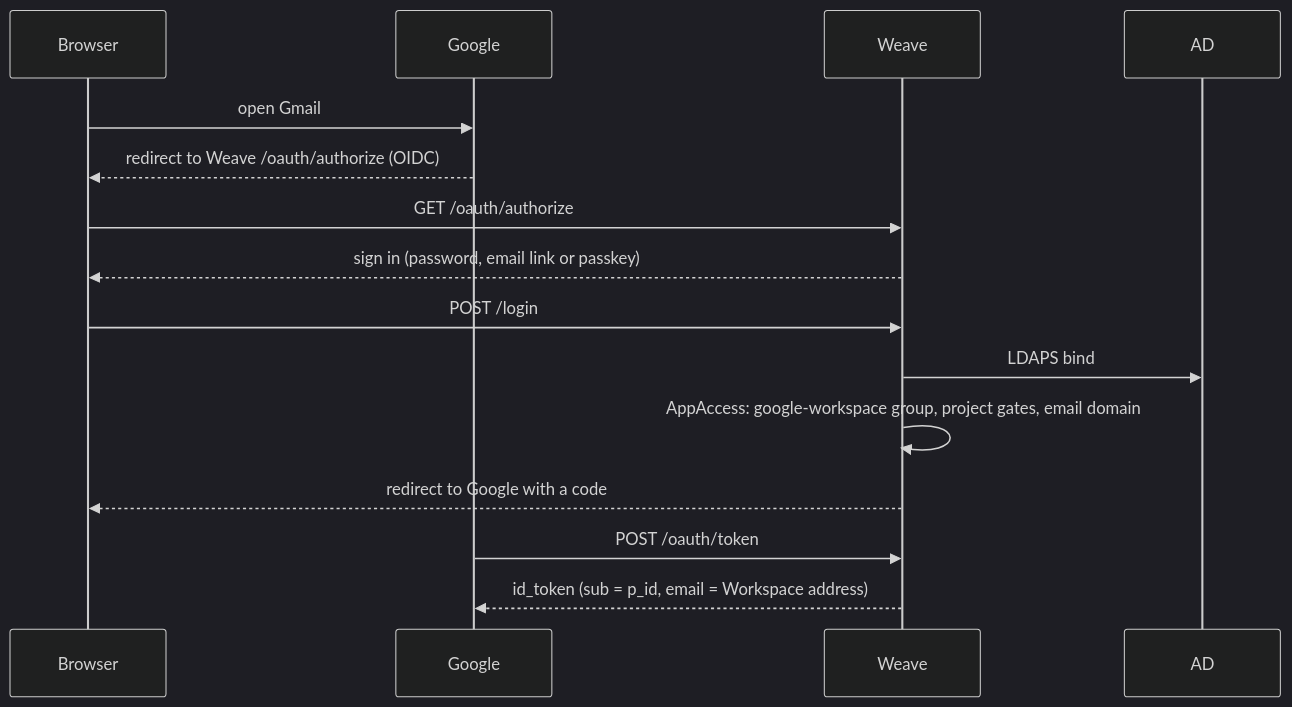
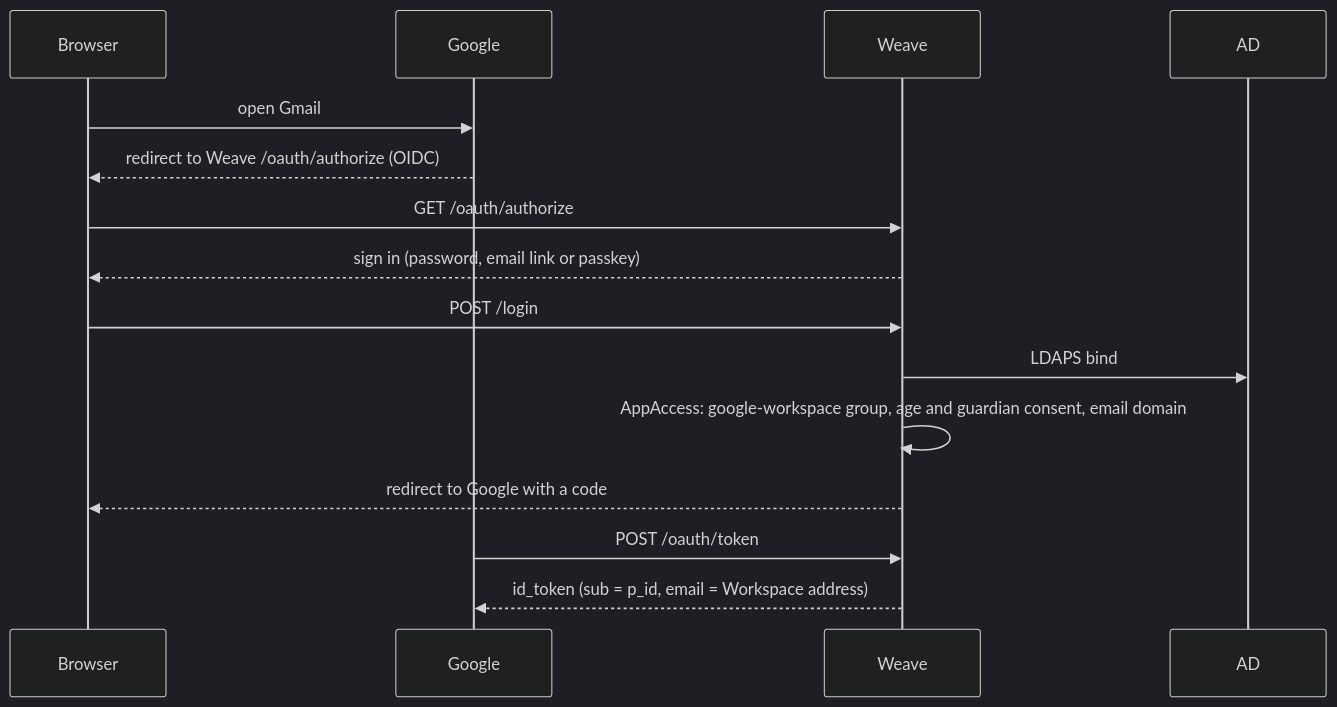
One commit to patchworklabsorg/weave changed the second of 2 diagrams in docs/ACTIVE_DIRECTORY.md. Above: the diagram before and after it, drawn with Mermaid (dark theme). The commit also changed other lines of this file and 2 other files, not shown here.

Commit message:
fix: drop the code of conduct gate for the google workspace app

````diff
--- a/docs/ACTIVE_DIRECTORY.md
+++ b/docs/ACTIVE_DIRECTORY.md
@@ -122,17 +122,17 @@
 ```mermaid
 sequenceDiagram
     participant B as Browser
     participant G as Google
     participant W as Weave
     participant A as AD
     B->>G: open Gmail
     G-->>B: redirect to Weave /oauth/authorize (OIDC)
     B->>W: GET /oauth/authorize
     W-->>B: sign in (password, email link or passkey)
     B->>W: POST /login
     W->>A: LDAPS bind
-    W->>W: AppAccess: google-workspace group, project gates, email domain
+    W->>W: AppAccess: google-workspace group, age and guardian consent, email domain
     W-->>B: redirect to Google with a code
     G->>W: POST /oauth/token
     W-->>G: id_token (sub = p_id, email = Workspace address)
 ```
````
